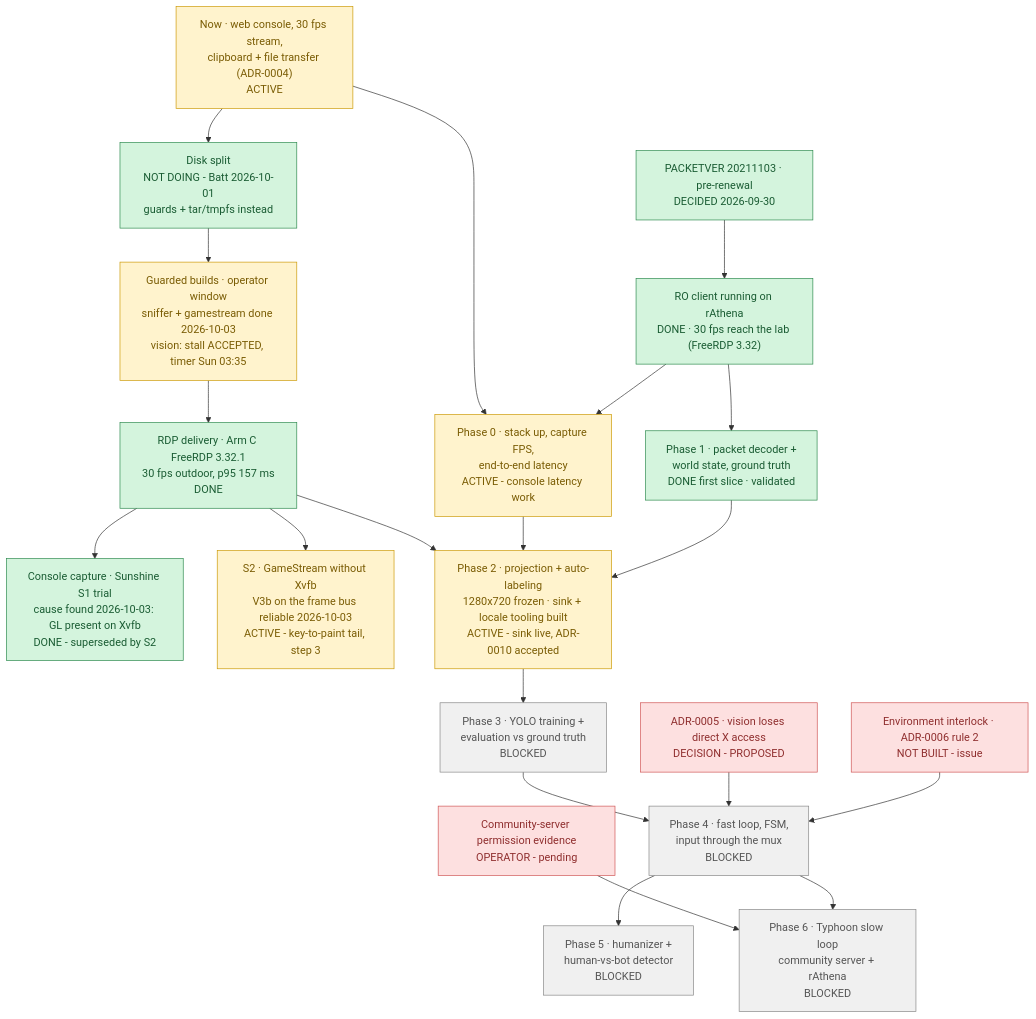
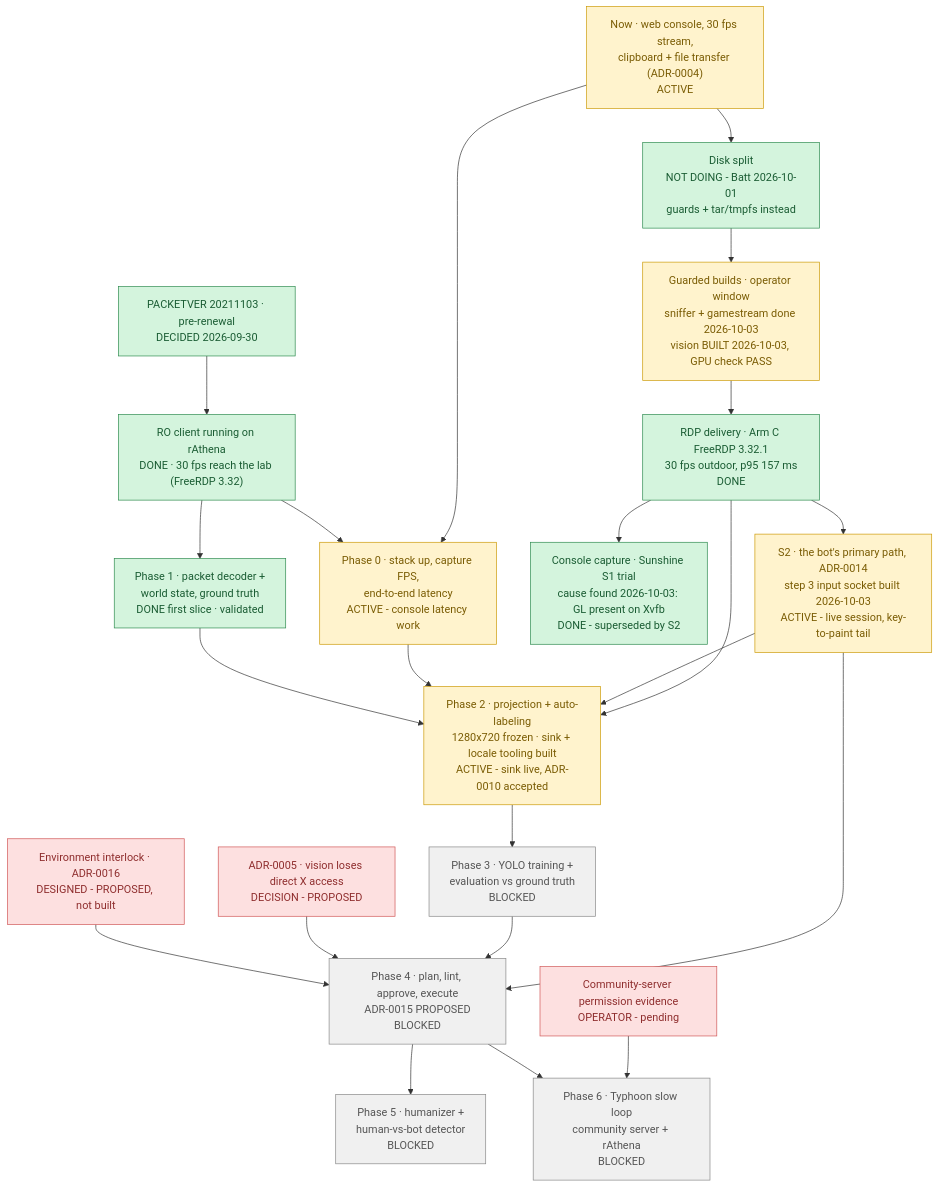
One commit to lumduan/poring-lab changed the diagram in docs/ROADMAP.md. Above: the diagram before and after it, drawn with Mermaid. The commit also changed other lines of this file and 8 other files, not shown here.

````diff
--- a/docs/ROADMAP.md
+++ b/docs/ROADMAP.md
@@ -11,51 +11,53 @@
 ```mermaid
 flowchart TD
     N1["Now · web console, 30 fps stream,<br/>clipboard + file transfer (ADR-0004)<br/>ACTIVE"]
     N2["Disk split<br/>NOT DOING - Batt 2026-10-01<br/>guards + tar/tmpfs instead"]
-    N3["Guarded builds · operator window<br/>sniffer + gamestream done 2026-10-03<br/>vision: stall ACCEPTED, timer Sun 03:35"]
+    N3["Guarded builds · operator window<br/>sniffer + gamestream done 2026-10-03<br/>vision BUILT 2026-10-03, GPU check PASS"]
     D1["PACKETVER 20211103 · pre-renewal<br/>DECIDED 2026-09-30"]
     S1["RO client running on rAthena<br/>DONE · 30 fps reach the lab (FreeRDP 3.32)"]
     D2["ADR-0005 · vision loses direct X access<br/>DECISION - PROPOSED"]
-    D3["Environment interlock · ADR-0006 rule 2<br/>NOT BUILT - issue"]
+    D3["Environment interlock · ADR-0016<br/>DESIGNED - PROPOSED, not built"]
     E1["Community-server permission evidence<br/>OPERATOR - pending"]
     P0["Phase 0 · stack up, capture FPS,<br/>end-to-end latency<br/>ACTIVE - console latency work"]
     P1["Phase 1 · packet decoder +<br/>world state, ground truth<br/>DONE first slice · validated"]
     H1["RDP delivery · Arm C FreeRDP 3.32.1<br/>30 fps outdoor, p95 157 ms<br/>DONE"]
     C1["Console capture · Sunshine S1 trial<br/>cause found 2026-10-03: GL present on Xvfb<br/>DONE - superseded by S2"]
-    S2["S2 · GameStream without Xvfb<br/>V3b on the frame bus reliable 2026-10-03<br/>ACTIVE - key-to-paint tail, step 3"]
+    S2["S2 · the bot's primary path, ADR-0014<br/>step 3 input socket built 2026-10-03<br/>ACTIVE - live session, key-to-paint tail"]
     P2["Phase 2 · projection + auto-labeling<br/>1280x720 frozen · sink + locale tooling built<br/>ACTIVE - sink live, ADR-0010 accepted"]
     P3["Phase 3 · YOLO training +<br/>evaluation vs ground truth<br/>BLOCKED"]
-    P4["Phase 4 · fast loop, FSM,<br/>input through the mux<br/>BLOCKED"]
+    P4["Phase 4 · plan, lint, approve, execute<br/>ADR-0015 PROPOSED<br/>BLOCKED"]
     P5["Phase 5 · humanizer +<br/>human-vs-bot detector<br/>BLOCKED"]
     P6["Phase 6 · Typhoon slow loop<br/>community server + rAthena<br/>BLOCKED"]
 
     N1 --> N2 --> N3
     N3 --> H1
     H1 --> C1
     H1 --> S2
     H1 --> P2
+    S2 --> P2
+    S2 --> P4
     D1 --> S1
     N1 --> P0
     S1 --> P0
     S1 --> P1
     P0 --> P2
     P1 --> P2
     P2 --> P3 --> P4
     D2 --> P4
     D3 --> P4
     E1 --> P6
     P4 --> P5
     P4 --> P6
 
     classDef done     fill:#d4f4dd,stroke:#2d8a4e,color:#1a5c33
     classDef active   fill:#fff3cd,stroke:#cc9a06,color:#7a5c04
     classDef ready    fill:#d6e9ff,stroke:#3b7dd8,color:#1e4d8f
     classDef blocked  fill:#f0f0f0,stroke:#888,color:#555
     classDef decision fill:#fde0e0,stroke:#d05555,color:#8f2e2e
     classDef goal     fill:#ede0fb,stroke:#8a5cd8,color:#4d2e8f
 
     class D1,S1,P1,N2,H1,C1 done
     class N1,P0,P2,S2,N3 active
     class D2,D3,E1 decision
     class P3,P4,P5,P6 blocked
 ```
````
